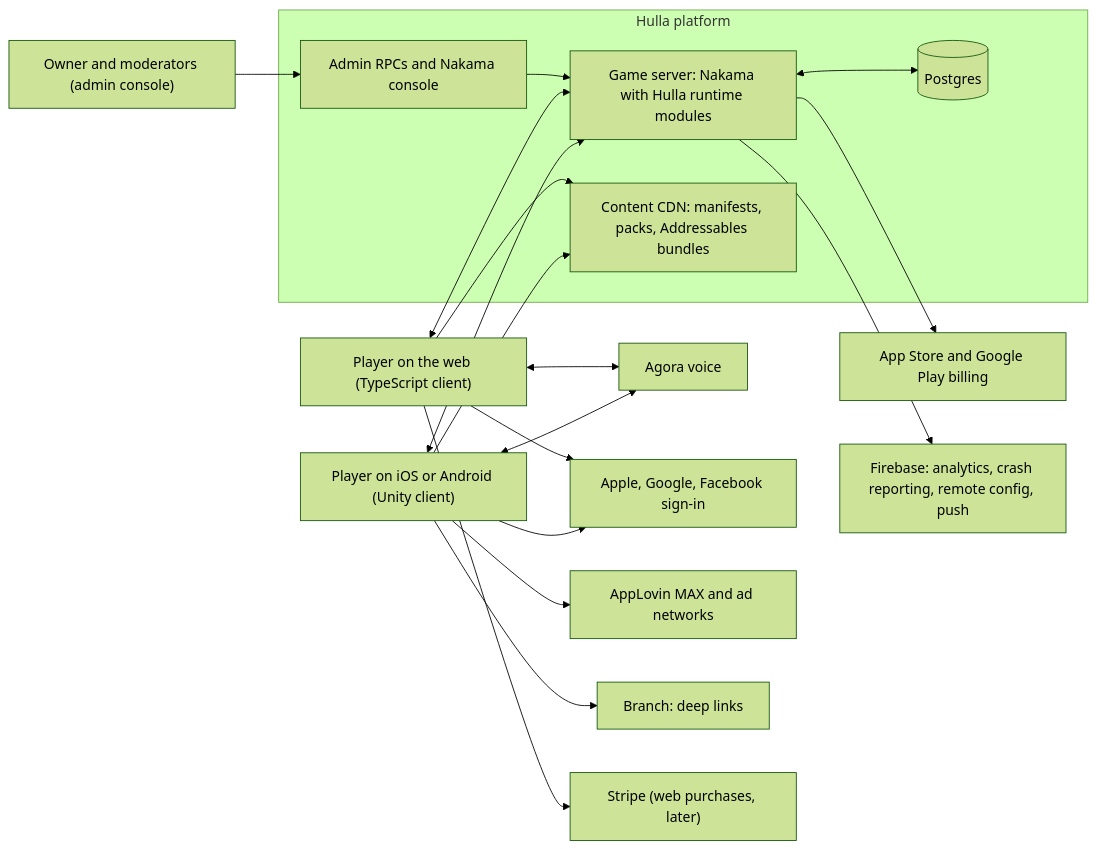
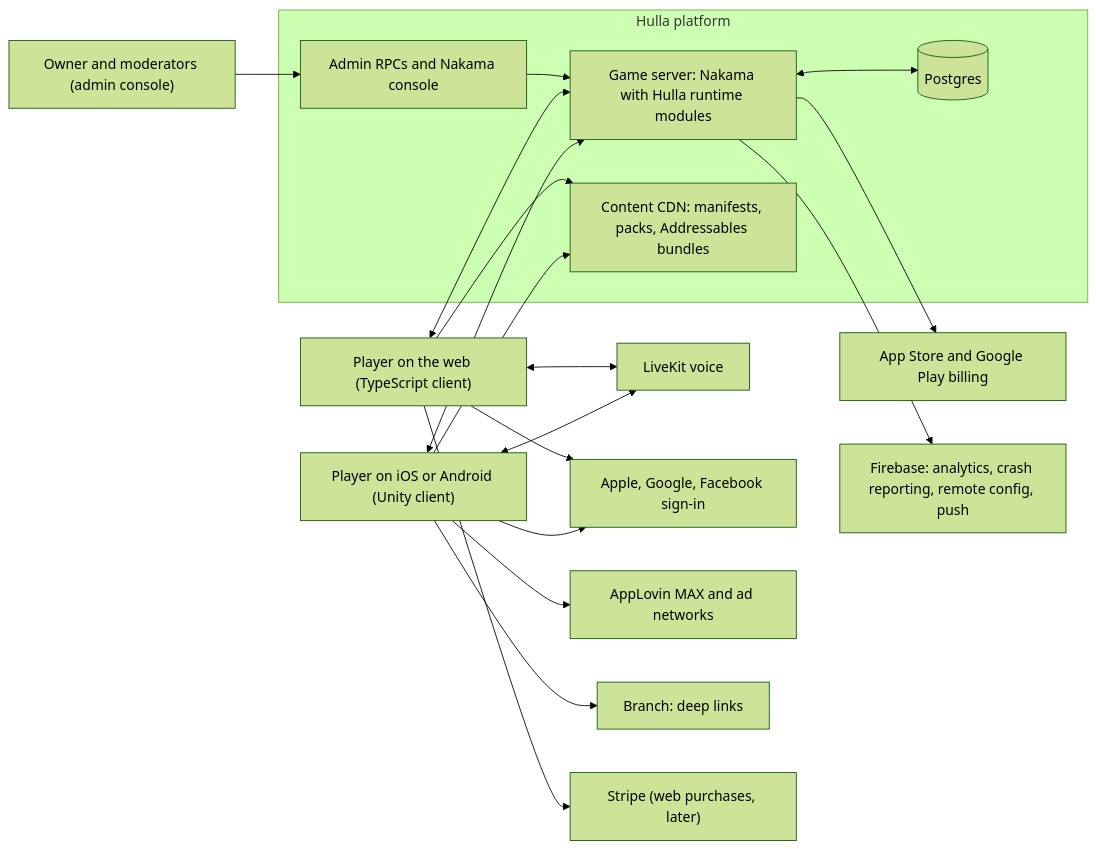
The second of 8 diagrams in docs/ARCHITECTURE.md (mkhizer77/hulla), drawn with Mermaid (forest theme) before and after one commit. The commit also changed other lines of this file and 32 other files, not shown here.

Commit message:
Voice on self-hosted LiveKit (#32)

````diff
--- a/docs/ARCHITECTURE.md
+++ b/docs/ARCHITECTURE.md
@@ -70,35 +70,35 @@
 ```mermaid
 flowchart LR
     PM["Player on iOS or Android (Unity client)"]
     PW["Player on the web (TypeScript client)"]
     OP["Owner and moderators (admin console)"]
     subgraph Hulla["Hulla platform"]
       S["Game server: Nakama with Hulla runtime modules"]
       DB[("Postgres")]
       CDN["Content CDN: manifests, packs, Addressables bundles"]
       ADM["Admin RPCs and Nakama console"]
     end
-    VX["Agora voice"]
+    VX["LiveKit voice"]
     AUTH["Apple, Google, Facebook sign-in"]
     IAP["App Store and Google Play billing"]
     ADS["AppLovin MAX and ad networks"]
     FB["Firebase: analytics, crash reporting, remote config, push"]
     DL["Branch: deep links"]
     ST["Stripe (web purchases, later)"]
     PM <--> S
     PW <--> S
     PM --> CDN
     PW --> CDN
     PM <--> VX
     PW <--> VX
     OP --> ADM
     ADM --> S
     S <--> DB
     S --> IAP
     S --> FB
     PM --> AUTH
     PW --> AUTH
     PM --> ADS
     PM --> DL
     PW --> ST
 ```
````
